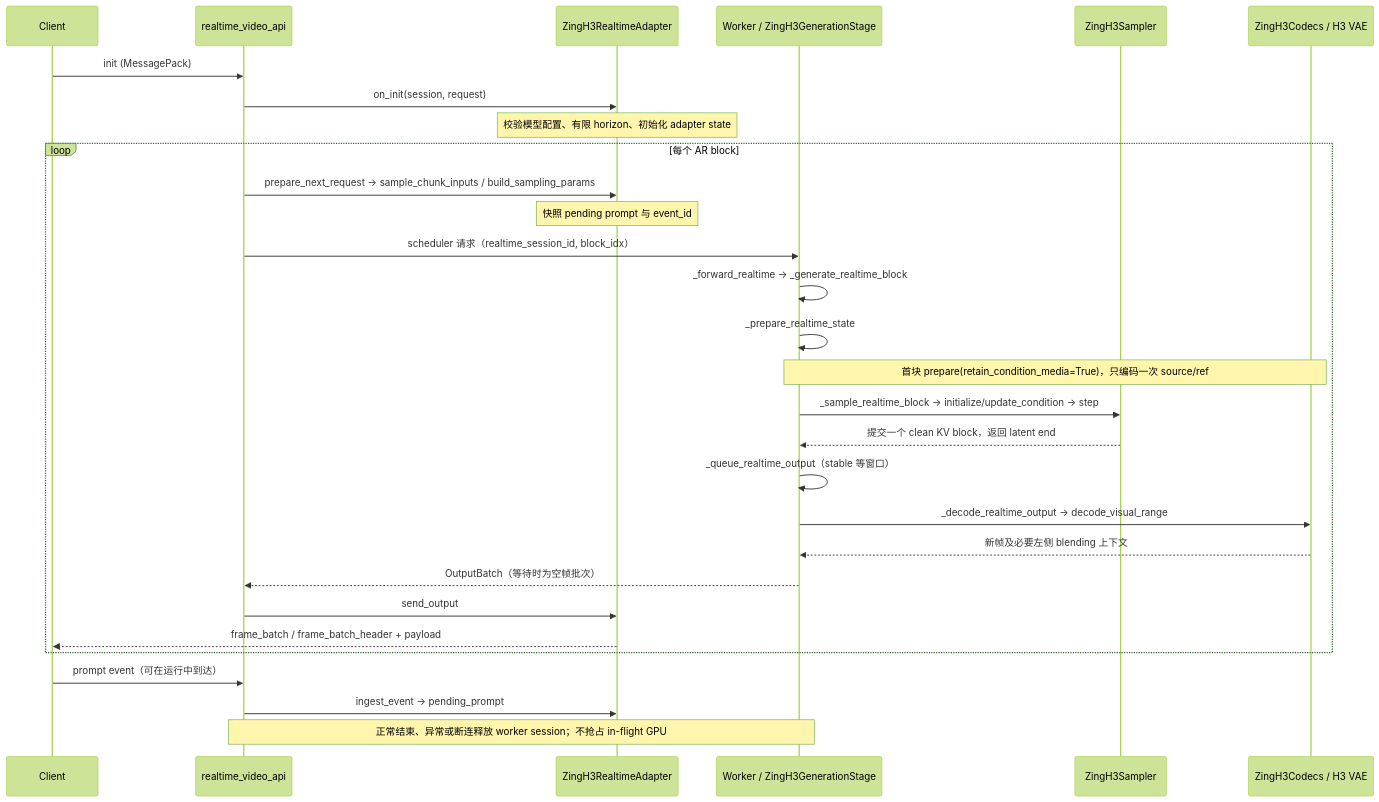
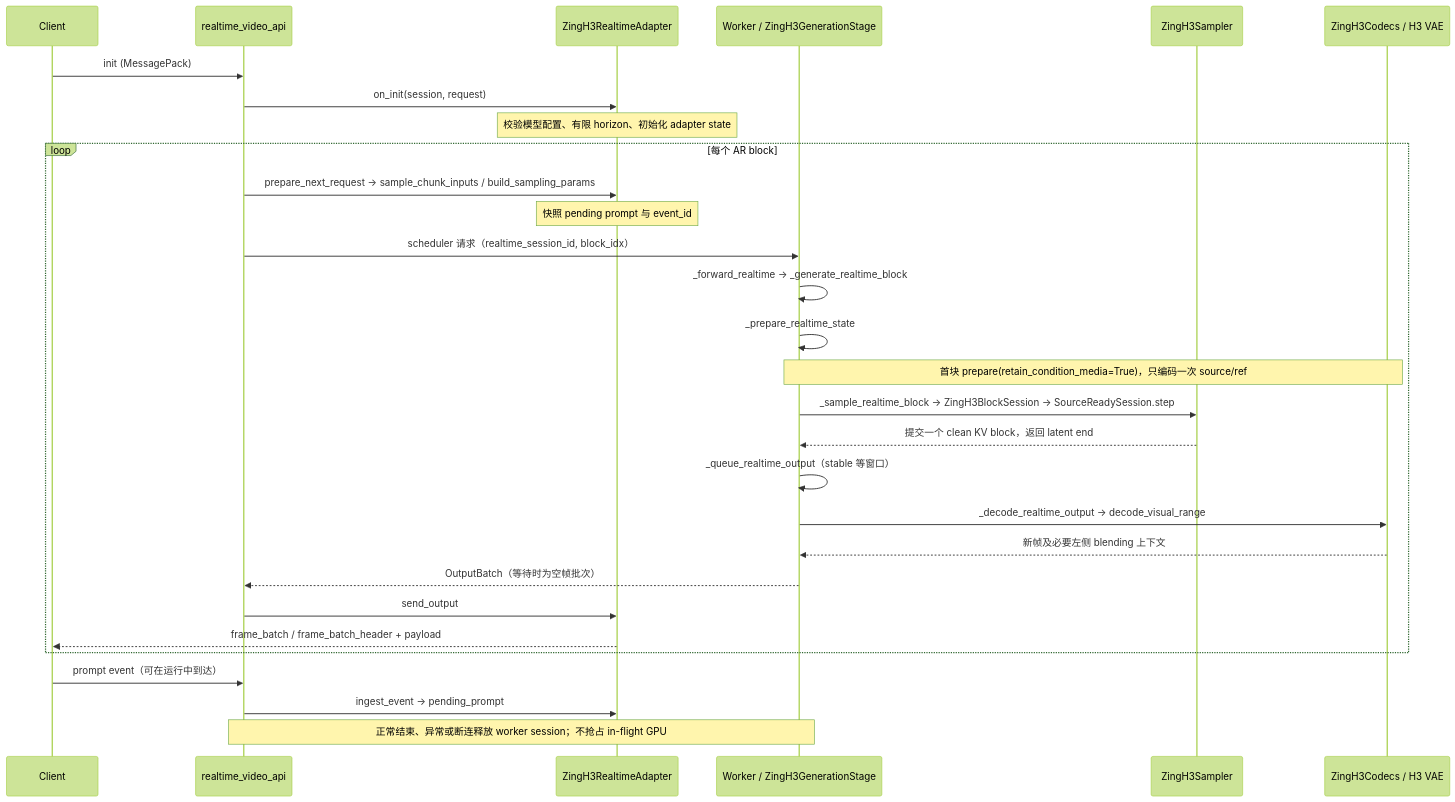
One commit to lkejun237-ops/sglang changed the diagram in docs/docs/sglang-diffusion/zing/realtime-streaming.mdx. Above: the diagram before and after it, drawn with Mermaid (forest theme). The commit also changed 36 other files, not shown here.

First line of the commit message:
[diffusion] zing: 统一 realtime prompt 切换为固定 5 latent 重建，并彻底移除 donor 路径。 (#373)

````diff
--- a/docs/docs/sglang-diffusion/zing/realtime-streaming.mdx
+++ b/docs/docs/sglang-diffusion/zing/realtime-streaming.mdx
@@ -305,31 +305,31 @@
 ```mermaid
 sequenceDiagram
     participant C as Client
     participant API as realtime_video_api
     participant A as ZingH3RealtimeAdapter
     participant W as Worker / ZingH3GenerationStage
     participant S as ZingH3Sampler
     participant V as ZingH3Codecs / H3 VAE
     C->>API: init (MessagePack)
     API->>A: on_init(session, request)
     Note over A: 校验模型配置、有限 horizon、初始化 adapter state
     loop 每个 AR block
         API->>A: prepare_next_request → sample_chunk_inputs / build_sampling_params
         Note over A: 快照 pending prompt 与 event_id
         API->>W: scheduler 请求（realtime_session_id, block_idx）
         W->>W: _forward_realtime → _generate_realtime_block
         W->>W: _prepare_realtime_state
         Note over W,V: 首块 prepare(retain_condition_media=True)，只编码一次 source/ref
-        W->>S: _sample_realtime_block → initialize/update_condition → step
+        W->>S: _sample_realtime_block → ZingH3BlockSession → SourceReadySession.step
         S-->>W: 提交一个 clean KV block，返回 latent end
         W->>W: _queue_realtime_output（stable 等窗口）
         W->>V: _decode_realtime_output → decode_visual_range
         V-->>W: 新帧及必要左侧 blending 上下文
         W-->>API: OutputBatch（等待时为空帧批次）
         API->>A: send_output
         A-->>C: frame_batch / frame_batch_header + payload
     end
     C->>API: prompt event（可在运行中到达）
     API->>A: ingest_event → pending_prompt
     Note over API,W: 正常结束、异常或断连释放 worker session；不抢占 in-flight GPU
 ```
````
